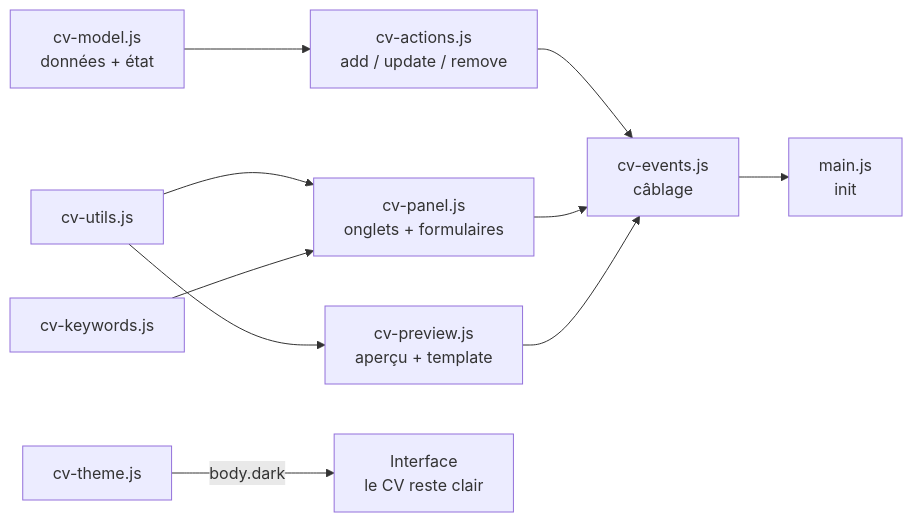
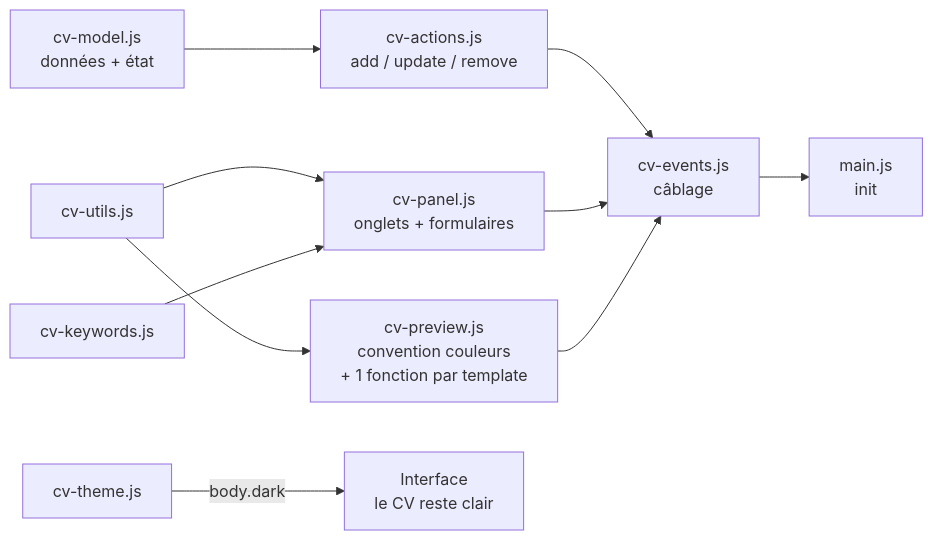
The diagram in README.md (LepetitPortfolio/CV-Editor), drawn with Mermaid before and after one commit. The commit also changed other lines of this file, not shown here.

````diff
--- a/README.md
+++ b/README.md
@@ -74,12 +85,12 @@
 ```mermaid
 flowchart LR
     M[cv-model.js<br/>données + état] --> A[cv-actions.js<br/>add / update / remove]
     U[cv-utils.js] --> P[cv-panel.js<br/>onglets + formulaires]
-    U --> V[cv-preview.js<br/>aperçu + template]
+    U --> V[cv-preview.js<br/>convention couleurs<br/>+ 1 fonction par template]
     K[cv-keywords.js] --> P
     A --> E[cv-events.js<br/>câblage]
     P --> E
     V --> E
     E --> I[main.js<br/>init]
     G[cv-theme.js] -->|body.dark| H[Interface<br/>le CV reste clair]
 ```
````
